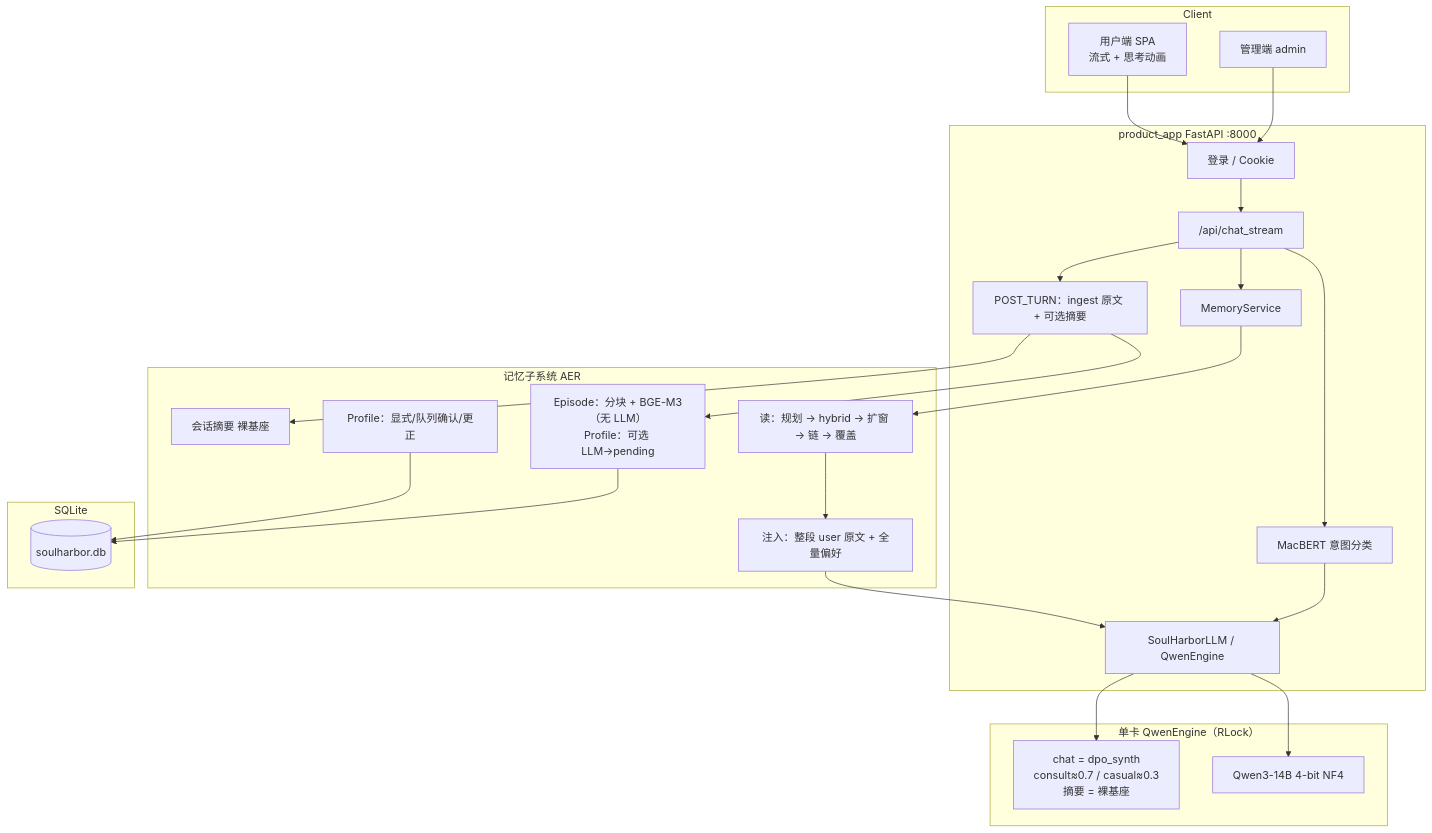
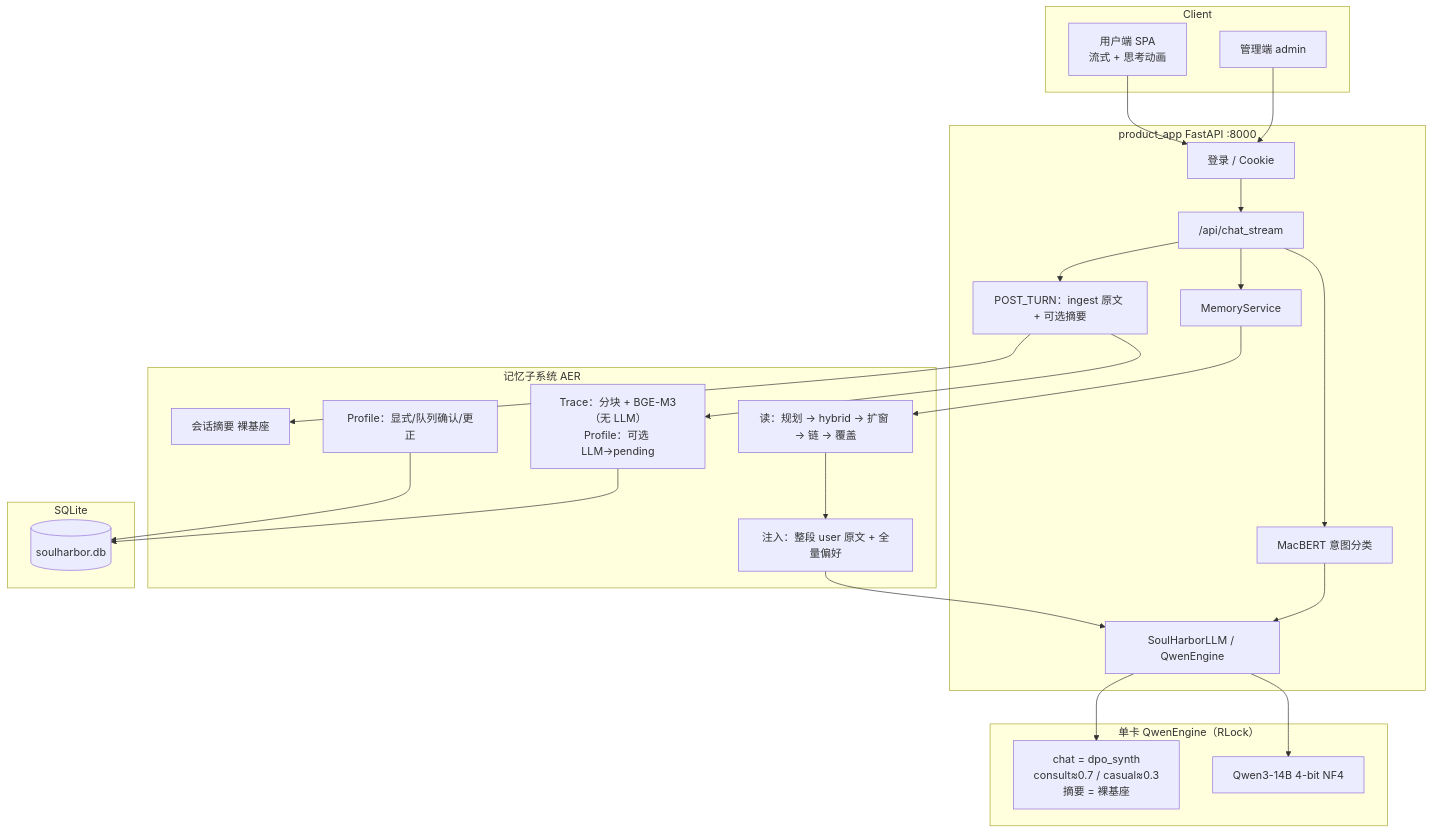
One commit to Hi-Zachary/Soulharbor changed the diagram in 项目文档/01_项目大纲与架构.md. Above: the diagram before and after it, drawn with Mermaid. The commit also changed other lines of this file and 51 other files, not shown here.

````diff
--- a/项目文档/01_项目大纲与架构.md
+++ b/项目文档/01_项目大纲与架构.md
@@ -61,45 +52,45 @@
 ```mermaid
 flowchart TB
   subgraph Client
     UI[用户端 SPA<br/>流式 + 思考动画]
     Admin[管理端 admin]
   end
 
   subgraph FastAPI["product_app FastAPI :8000"]
     Auth[登录 / Cookie]
     Chat["/api/chat_stream"]
     Intent[MacBERT 意图分类]
     MemSvc[MemoryService]
     LLM[SoulHarborLLM / QwenEngine]
     Post[POST_TURN：ingest 原文 + 可选摘要]
   end
 
   subgraph GPU["单卡 QwenEngine（RLock）"]
     Base[Qwen3-14B 4-bit NF4]
     ChatAdp["chat = dpo_synth<br/>consult≈0.7 / casual≈0.3<br/>摘要 = 裸基座"]
   end
 
   subgraph Memory["记忆子系统 AER"]
-    Ingest["Episode：分块 + BGE-M3（无 LLM）\nProfile：可选 LLM→pending"]
+    Ingest["Trace：分块 + BGE-M3（无 LLM）\nProfile：可选 LLM→pending"]
     Profile["Profile：显式/队列确认/更正"]
     Ret["读：规划 → hybrid → 扩窗 → 链 → 覆盖"]
     Inject["注入：整段 user 原文 + 全量偏好"]
     Sum[会话摘要 裸基座]
   end
 
   subgraph Store[SQLite]
     DB[(soulharbor.db)]
   end
 
   UI --> Auth --> Chat
   Chat --> Intent --> LLM
   Chat --> MemSvc
   MemSvc --> Ret --> Inject --> LLM
   Chat --> Post --> Ingest
   Post --> Sum
   Ingest --> DB
   Profile --> DB
   LLM --> Base
   LLM --> ChatAdp
   Admin --> Auth
 ```
````
